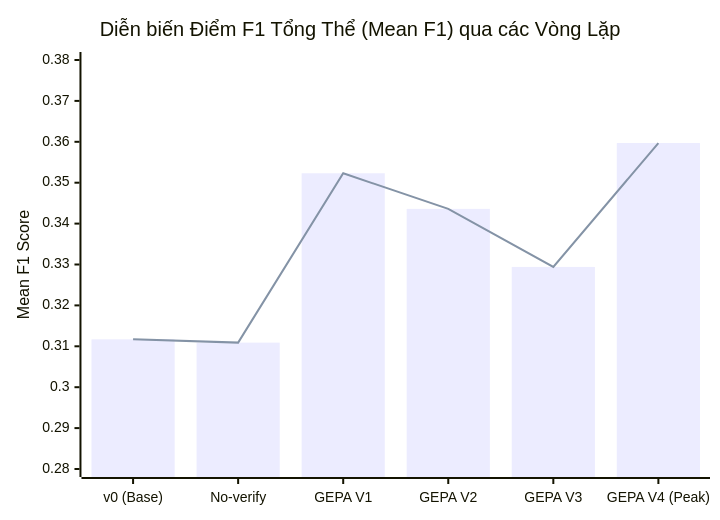
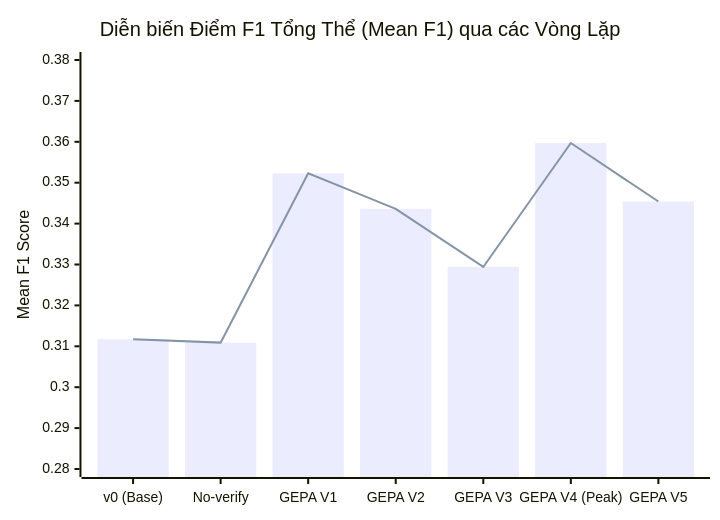
One commit to Bamboohoccode/ZAIC_2026 changed the diagram in prompts/gepa/vuong/RESULTS.md. Above: the diagram before and after it, drawn with Mermaid. The commit also changed other lines of this file and 7 other files, not shown here.

````diff
--- a/prompts/gepa/vuong/RESULTS.md
+++ b/prompts/gepa/vuong/RESULTS.md
@@ -11,8 +11,8 @@
 ```mermaid
 xychart-beta
     title "Diễn biến Điểm F1 Tổng Thể (Mean F1) qua các Vòng Lặp"
-    x-axis ["v0 (Base)", "No-verify", "GEPA V1", "GEPA V2", "GEPA V3", "GEPA V4 (Peak)"]
+    x-axis ["v0 (Base)", "No-verify", "GEPA V1", "GEPA V2", "GEPA V3", "GEPA V4 (Peak)", "GEPA V5"]
     y-axis "Mean F1 Score" 0.28 --> 0.38
-    bar [0.3117, 0.3109, 0.3523, 0.3436, 0.3294, 0.3597]
-    line [0.3117, 0.3109, 0.3523, 0.3436, 0.3294, 0.3597]
+    bar [0.3117, 0.3109, 0.3523, 0.3436, 0.3294, 0.3597, 0.3454]
+    line [0.3117, 0.3109, 0.3523, 0.3436, 0.3294, 0.3597, 0.3454]
 ```
````
